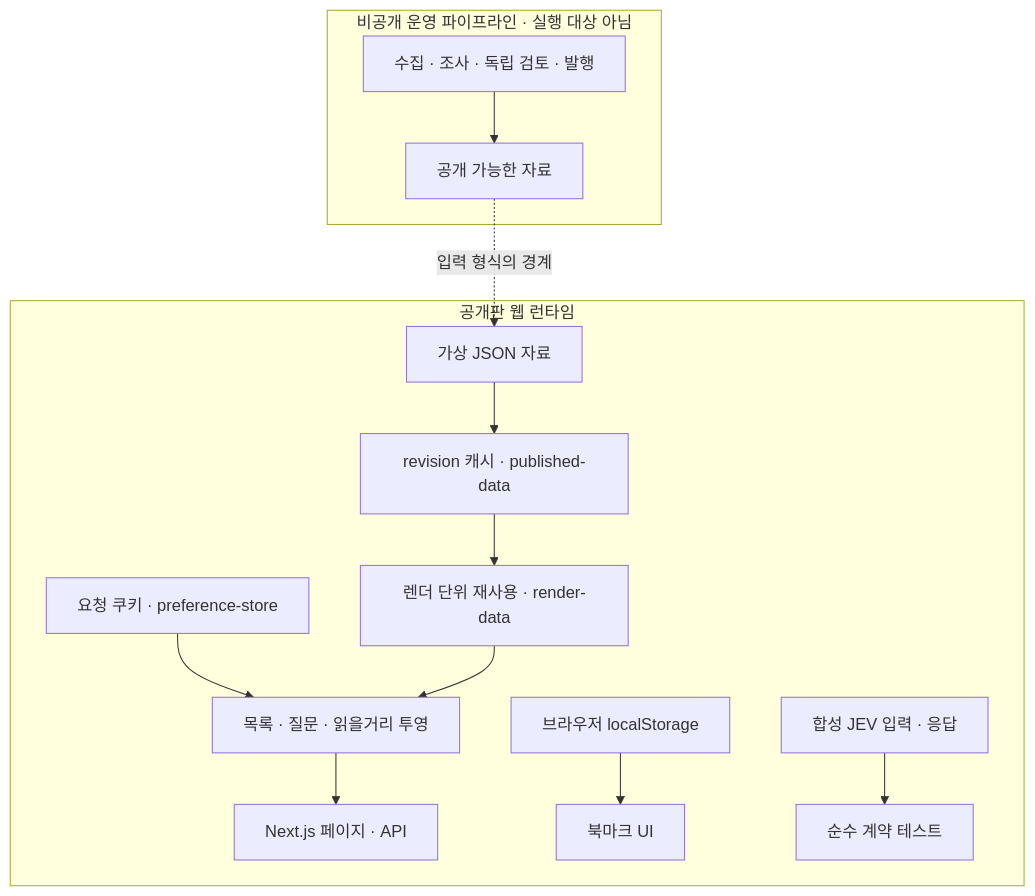
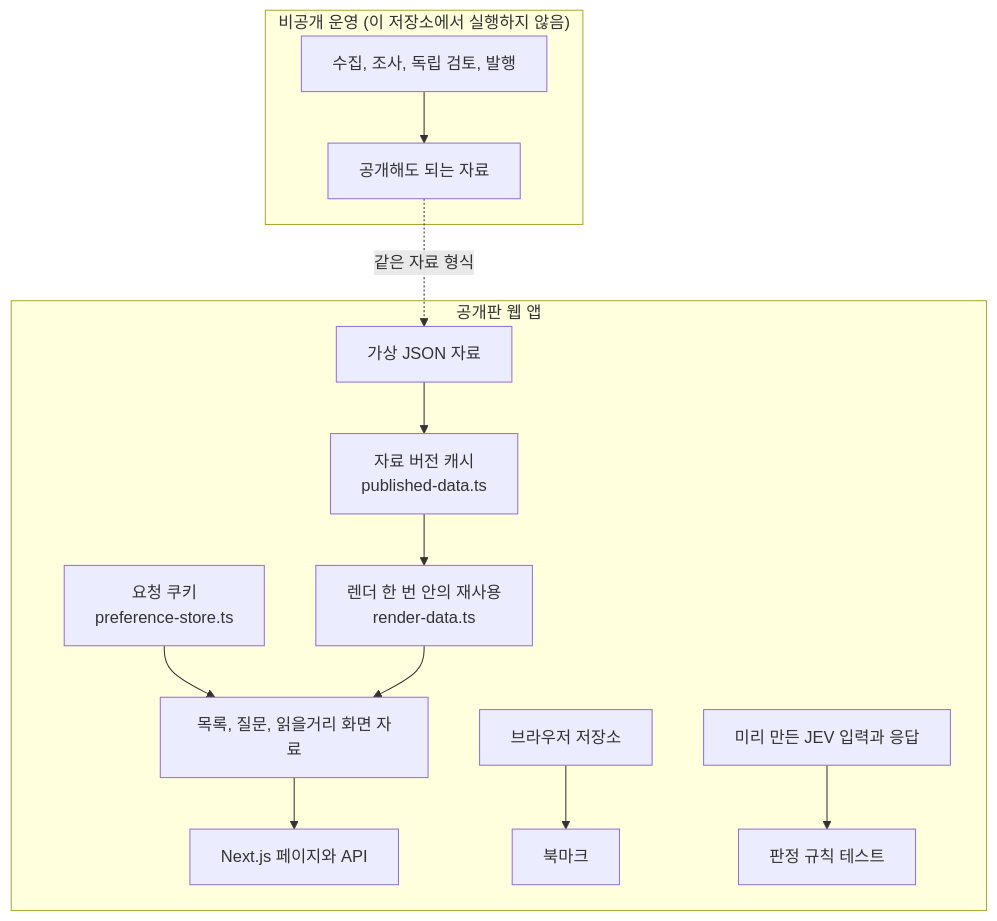
The diagram in docs/architecture.md (Ferv0r2/curvehop-review), drawn with Mermaid before and after one commit. The commit also changed other lines of this file and 12 other files, not shown here.

First line of the commit message:
docs: rewrite review docs and diagram labels in plain Korean (#4)

````diff
--- a/docs/architecture.md
+++ b/docs/architecture.md
@@ -23,16 +23,16 @@
 ```mermaid
 flowchart TD
-  subgraph private[비공개 운영 파이프라인 · 실행 대상 아님]
-    P[수집 · 조사 · 독립 검토 · 발행] --> S[공개 가능한 자료]
+  subgraph private["비공개 운영 (이 저장소에서 실행하지 않음)"]
+    P["수집, 조사, 독립 검토, 발행"] --> S["공개해도 되는 자료"]
   end
-  subgraph public[공개판 웹 런타임]
-    F[가상 JSON 자료] --> C[revision 캐시 · published-data]
-    C --> R[렌더 단위 재사용 · render-data]
-    U[요청 쿠키 · preference-store] --> Q[목록 · 질문 · 읽을거리 투영]
+  subgraph public["공개판 웹 앱"]
+    F["가상 JSON 자료"] --> C["자료 버전 캐시<br/>published-data.ts"]
+    C --> R["렌더 한 번 안의 재사용<br/>render-data.ts"]
+    U["요청 쿠키<br/>preference-store.ts"] --> Q["목록, 질문, 읽을거리 화면 자료"]
     R --> Q
-    Q --> V[Next.js 페이지 · API]
-    B[브라우저 localStorage] --> K[북마크 UI]
-    J[합성 JEV 입력 · 응답] --> T[순수 계약 테스트]
+    Q --> V["Next.js 페이지와 API"]
+    B["브라우저 저장소"] --> K["북마크"]
+    J["미리 만든 JEV 입력과 응답"] --> T["판정 규칙 테스트"]
   end
-  S -. 입력 형식의 경계 .-> F
+  S -. 같은 자료 형식 .-> F
 ```
````
